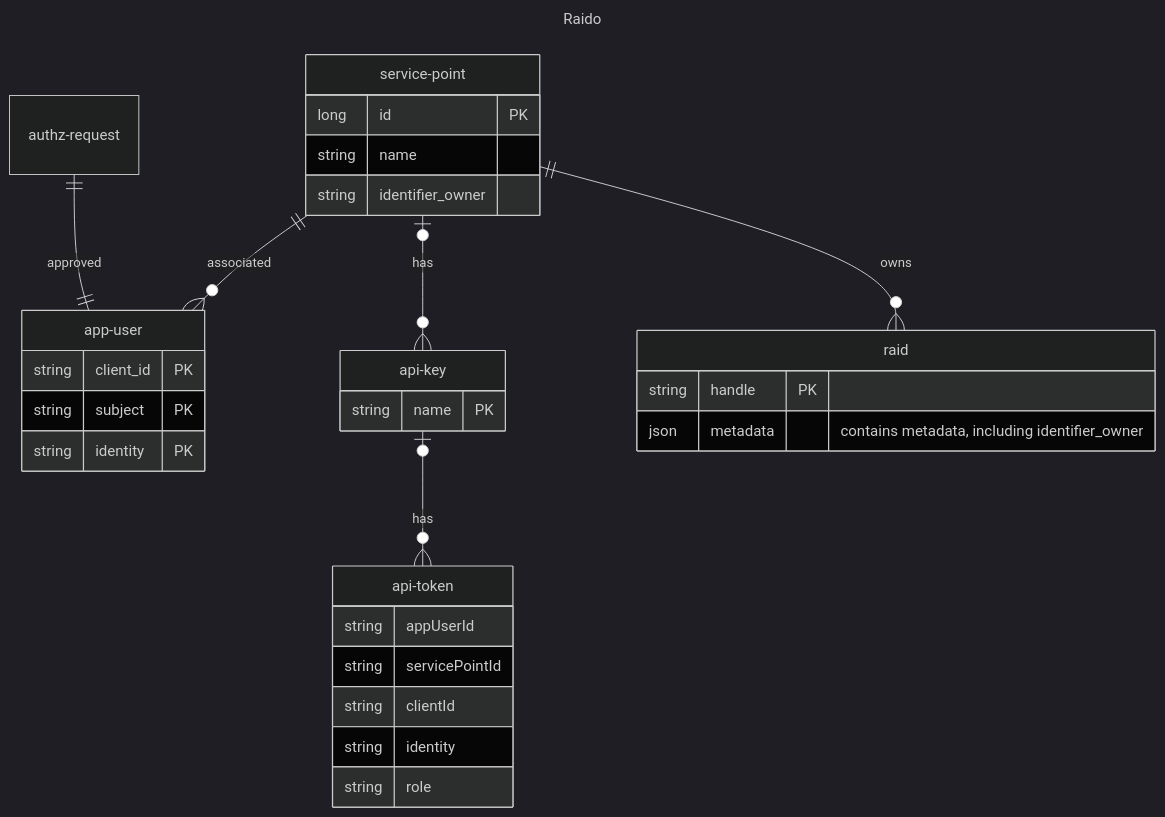
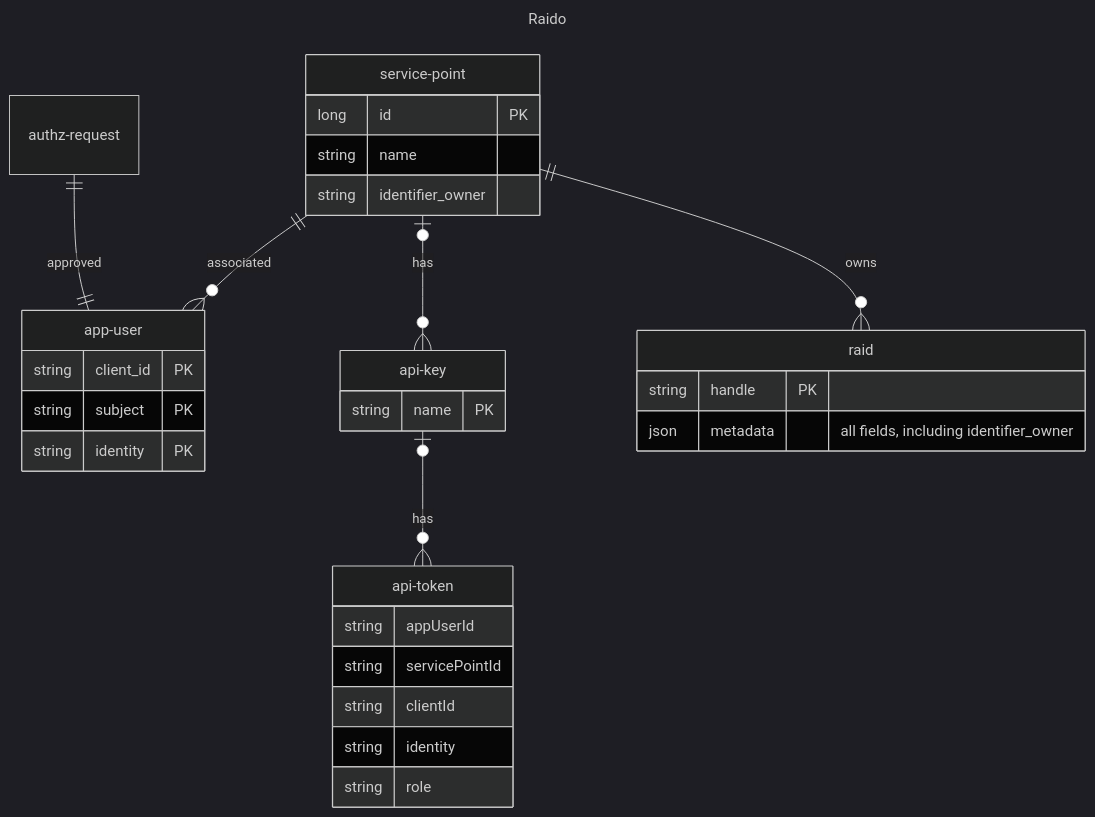
Before and after one commit to au-research/raido: the diagram in doc/api-integration/permission-model.md, drawn with Mermaid (dark theme).

````diff
--- a/doc/api-integration/permission-model.md
+++ b/doc/api-integration/permission-model.md
@@ -62,35 +62,35 @@
 ```mermaid
 ---
 title: Raido
 ---
 erDiagram
   authz-request ||--|| app-user: approved
   service-point ||--o{ app-user: associated
   app-user {
     string client_id PK
     string subject PK
     string identity PK
   }
   service-point o|--o{ api-key: has
   service-point {
     long id PK
     string name
     string identifier_owner
   }
   api-key {
     string name PK
   }
   api-key o|--o{ api-token: has
   api-token {
     string appUserId
     string servicePointId
     string clientId
     string identity
     string role
   }
   service-point ||--o{ raid: owns
   raid {
     string handle PK
-    json metadata "contains metadata, including identifier_owner"
+    json metadata "all fields, including identifier_owner"
   }
 ```
````
